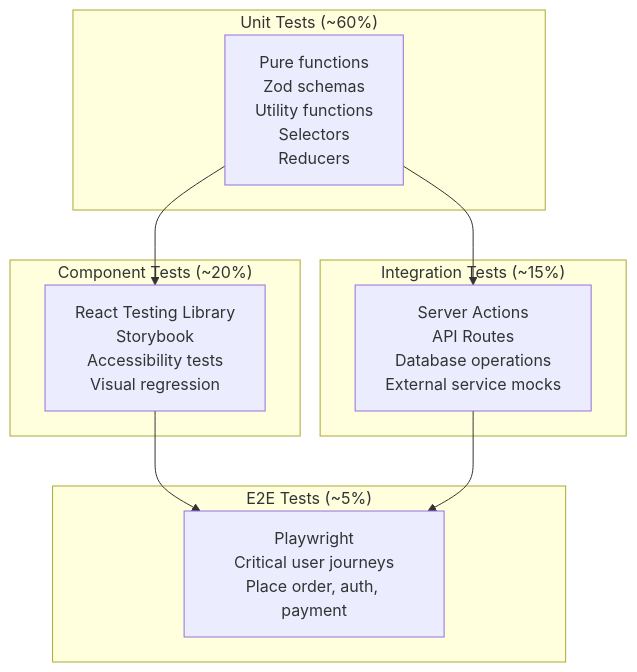
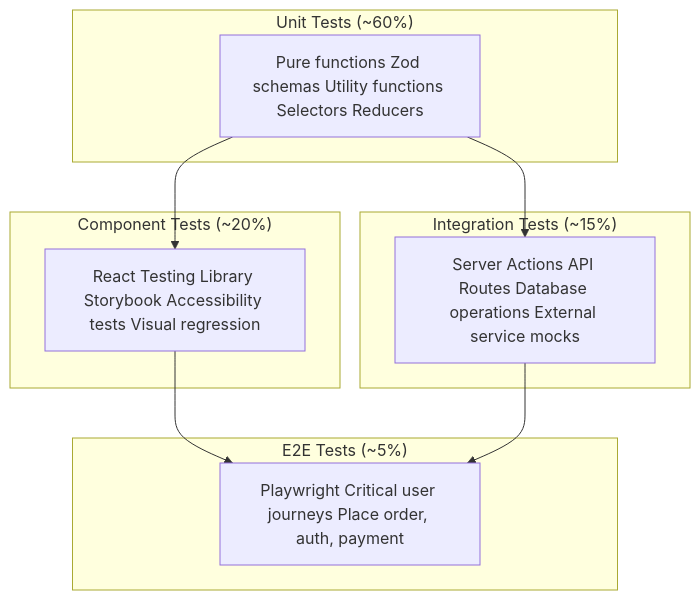
One commit to dharshan47/rrckitchen changed the diagram in docs/13-testing-quality.md. Above: the diagram before and after it, drawn with Mermaid. The commit also changed 273 other files, not shown here.

````diff
--- a/docs/13-testing-quality.md
+++ b/docs/13-testing-quality.md
@@ -23,23 +23,24 @@
 ```mermaid
-graph TB
+%%{init: {'flowchart': {'curve': 'basis', 'useMaxWidth': true}}}%%
+flowchart TB
     subgraph "E2E Tests (~5%)"
-        ET["Playwright<br/>Critical user journeys<br/>Place order, auth, payment"]
+        ET["Playwright Critical user journeys Place order, auth, payment"]
     end
 
     subgraph "Integration Tests (~15%)"
-        IT["Server Actions<br/>API Routes<br/>Database operations<br/>External service mocks"]
+        IT["Server Actions API Routes Database operations External service mocks"]
     end
 
     subgraph "Unit Tests (~60%)"
-        UT["Pure functions<br/>Zod schemas<br/>Utility functions<br/>Selectors<br/>Reducers"]
+        UT["Pure functions Zod schemas Utility functions Selectors Reducers"]
     end
 
     subgraph "Component Tests (~20%)"
-        CT["React Testing Library<br/>Storybook<br/>Accessibility tests<br/>Visual regression"]
+        CT["React Testing Library Storybook Accessibility tests Visual regression"]
     end
 
     CT --> ET
     UT --> CT
     UT --> IT
     IT --> ET
 ```
````
